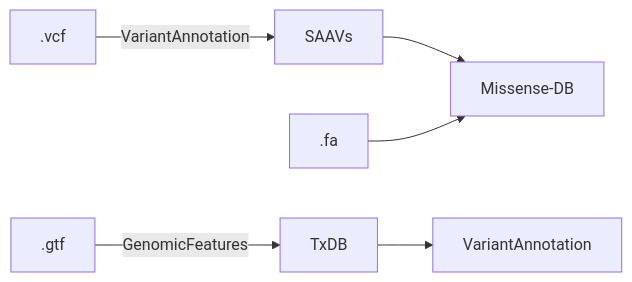
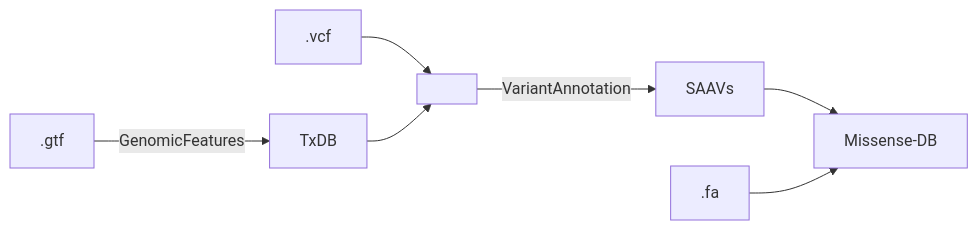
Before and after one commit to hdesai17/chemoproteogenomics: the diagram in README.md, drawn with Mermaid.

````diff
--- a/README.md
+++ b/README.md
@@ -19,8 +19,9 @@
 ```mermaid
 flowchart LR;
-   .vcf-->|VariantAnnotation|SAAVs;
-   TxDB -->VariantAnnotation;
+   .vcf-->D[ ]:::empty
+   D[ ]:::empty-->|VariantAnnotation|SAAVs;
+   TxDB -->D[ ]:::empty;
    .gtf-->|GenomicFeatures|TxDB;
    SAAVs-->Missense-DB;
    .fa-->Missense-DB;
 ```
````
